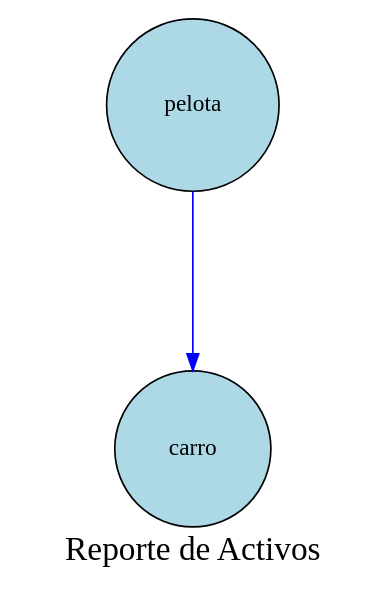
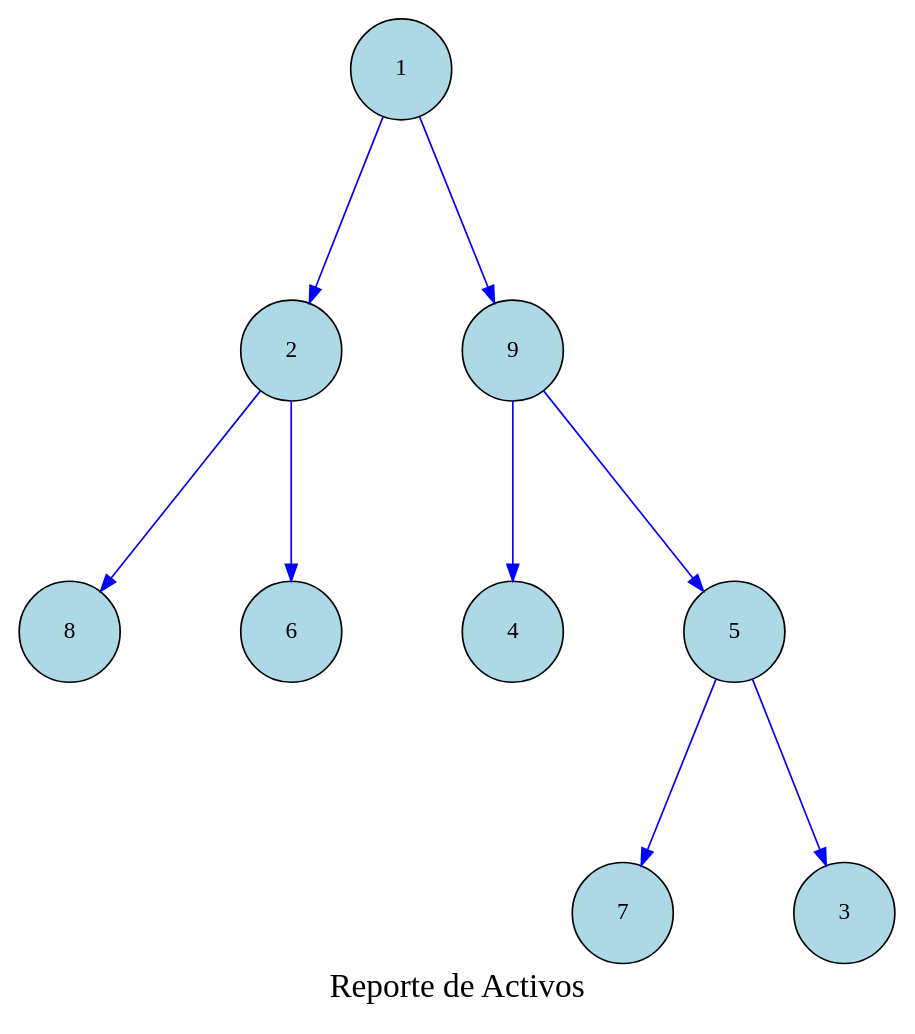
The diagram in Proyecto1/cmake-build-debug/reporteArbolAVL.dot (Ennero/EDD_Proyecto1_Vacas2_202302220), drawn with Graphviz before and after one commit. The commit also changed 20 other files, not shown here.

```diff
--- a/Proyecto1/cmake-build-debug/reporteArbolAVL.dot
+++ b/Proyecto1/cmake-build-debug/reporteArbolAVL.dot
@@ -1,8 +1,22 @@
 digraph AVLTree {
     node [shape=circle,style=filled, fillcolor=lightblue, margin=0.2];
 edge [style=solid, color=blue];
  graph [ranksep=1.5, nodesep=1];graph [label="Reporte de Activos", fontsize=20, fontcolor=black];
-    "999l7tj31mx48p7" [label="pelota"];
-    "999l7tj31mx48p7" -> "6b95n2g18g4uyam";
-    "6b95n2g18g4uyam" [label="carro"];
+    "93bm1sy0kx46er9" [label="1"];
+    "93bm1sy0kx46er9" -> "67d6ru5turz010y";
+    "67d6ru5turz010y" [label="2"];
+    "67d6ru5turz010y" -> "36vo4b7l237dt5f";
+    "36vo4b7l237dt5f" [label="8"];
+    "67d6ru5turz010y" -> "7313b7r03ndt8qm";
+    "7313b7r03ndt8qm" [label="6"];
+    "93bm1sy0kx46er9" -> "cl0373wnsv91x42";
+    "cl0373wnsv91x42" [label="9"];
+    "cl0373wnsv91x42" -> "9fa3oh72q94v111";
+    "9fa3oh72q94v111" [label="4"];
+    "cl0373wnsv91x42" -> "gm22x1r462tp13g";
+    "gm22x1r462tp13g" [label="5"];
+    "gm22x1r462tp13g" -> "d4v207xtro21078";
+    "d4v207xtro21078" [label="7"];
+    "gm22x1r462tp13g" -> "io2i69dv840niu4";
+    "io2i69dv840niu4" [label="3"];
 }
```
